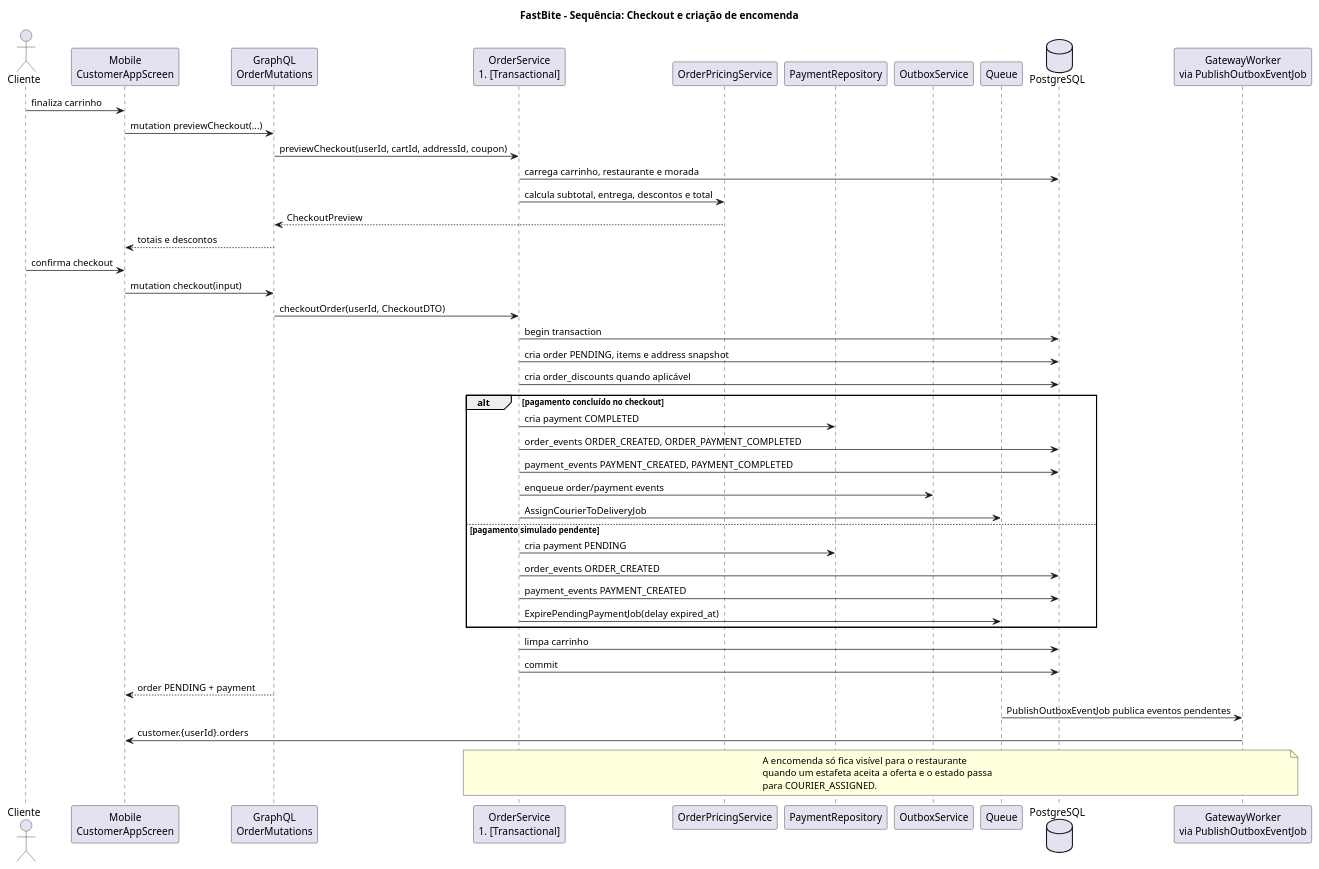
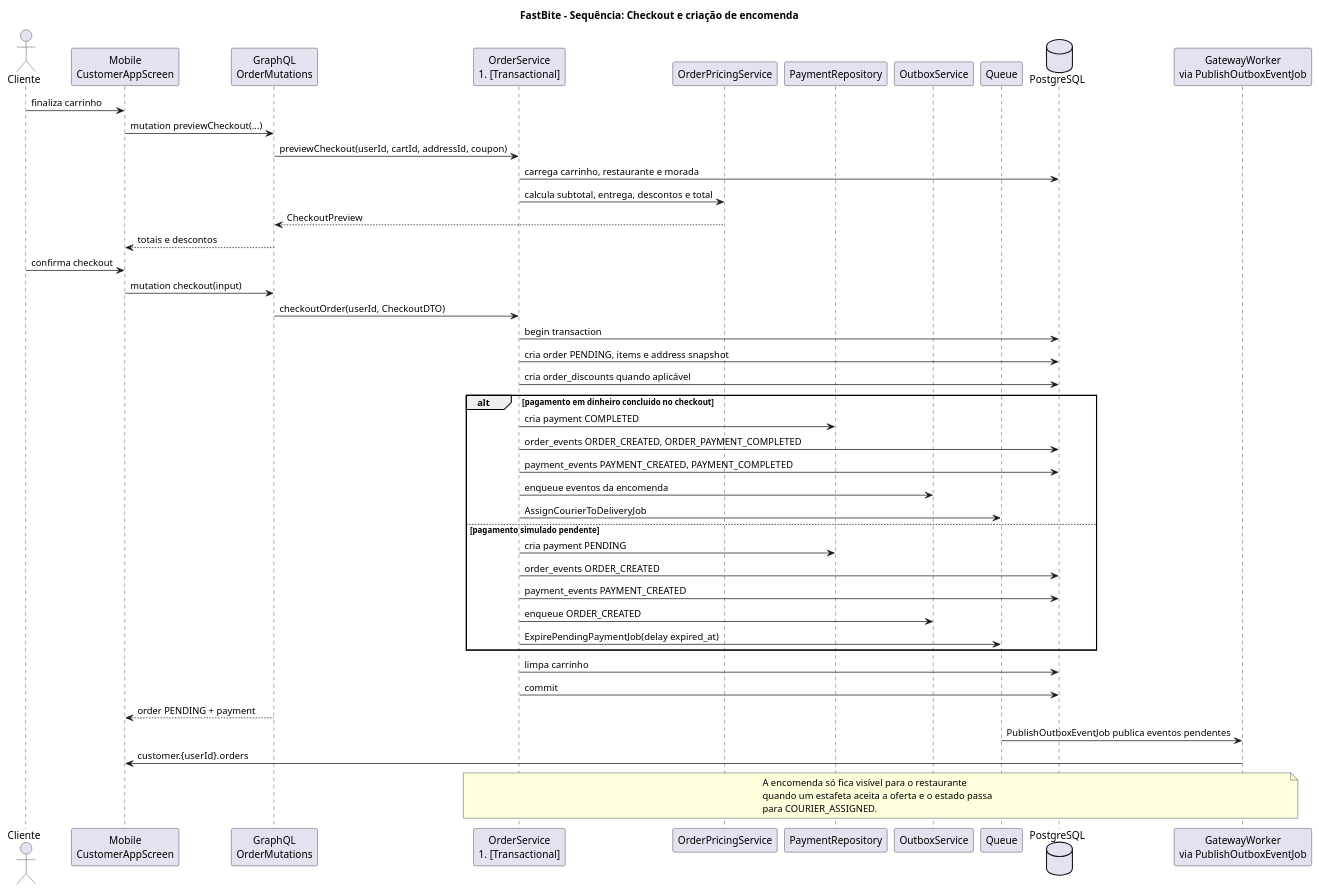
The diagram in Documentacao/docs novas/03a_sequencia_checkout.puml (DuarteMSousa/FastBite), drawn with PlantUML before and after one commit. The commit also changed 5 other files, not shown here.

First line of the commit message:
Remove notification method; update diagrams

```diff
--- a/Documentacao/docs novas/03a_sequencia_checkout.puml
+++ b/Documentacao/docs novas/03a_sequencia_checkout.puml
@@ -1,57 +1,58 @@
 @startuml FastBite_Seq_Checkout
 title FastBite - Sequência: Checkout e criação de encomenda
 
 skinparam shadowing false
 actor Cliente
 participant "Mobile\nCustomerAppScreen" as Mobile
 participant "GraphQL\nOrderMutations" as GQL
 participant "OrderService\n#[Transactional]" as OrderSvc
 participant "OrderPricingService" as Pricing
 participant "PaymentRepository" as PayRepo
 participant "OutboxService" as Outbox
 participant "Queue" as Queue
 database "PostgreSQL" as DB
 participant "GatewayWorker\nvia PublishOutboxEventJob" as GW
 
 Cliente -> Mobile: finaliza carrinho
 Mobile -> GQL: mutation previewCheckout(...)
 GQL -> OrderSvc: previewCheckout(userId, cartId, addressId, coupon)
 OrderSvc -> DB: carrega carrinho, restaurante e morada
 OrderSvc -> Pricing: calcula subtotal, entrega, descontos e total
 Pricing --> GQL: CheckoutPreview
 GQL --> Mobile: totais e descontos
 
 Cliente -> Mobile: confirma checkout
 Mobile -> GQL: mutation checkout(input)
 GQL -> OrderSvc: checkoutOrder(userId, CheckoutDTO)
 OrderSvc -> DB: begin transaction
 OrderSvc -> DB: cria order PENDING, items e address snapshot
 OrderSvc -> DB: cria order_discounts quando aplicável
 
-alt pagamento concluído no checkout
+alt pagamento em dinheiro concluido no checkout
   OrderSvc -> PayRepo: cria payment COMPLETED
   OrderSvc -> DB: order_events ORDER_CREATED, ORDER_PAYMENT_COMPLETED
   OrderSvc -> DB: payment_events PAYMENT_CREATED, PAYMENT_COMPLETED
-  OrderSvc -> Outbox: enqueue order/payment events
+  OrderSvc -> Outbox: enqueue eventos da encomenda
   OrderSvc -> Queue: AssignCourierToDeliveryJob
 else pagamento simulado pendente
   OrderSvc -> PayRepo: cria payment PENDING
   OrderSvc -> DB: order_events ORDER_CREATED
   OrderSvc -> DB: payment_events PAYMENT_CREATED
+  OrderSvc -> Outbox: enqueue ORDER_CREATED
   OrderSvc -> Queue: ExpirePendingPaymentJob(delay expired_at)
 end
 
 OrderSvc -> DB: limpa carrinho
 OrderSvc -> DB: commit
 GQL --> Mobile: order PENDING + payment
 
 Queue -> GW: PublishOutboxEventJob publica eventos pendentes
 GW -> Mobile: customer.{userId}.orders
 
 note over OrderSvc, GW
   A encomenda só fica visível para o restaurante
   quando um estafeta aceita a oferta e o estado passa
   para COURIER_ASSIGNED.
 end note
 
 @enduml
```
